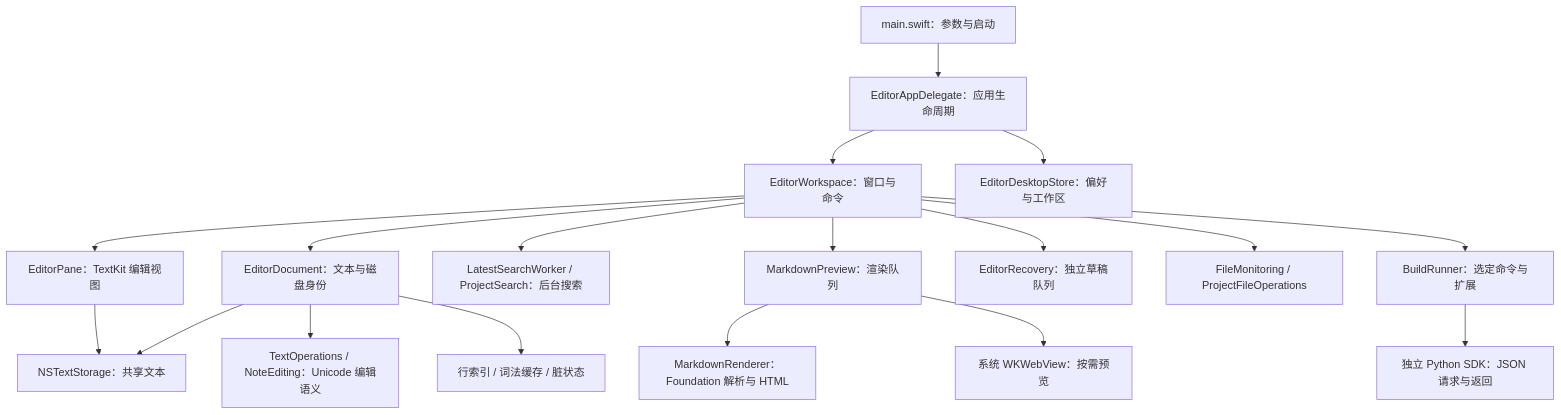
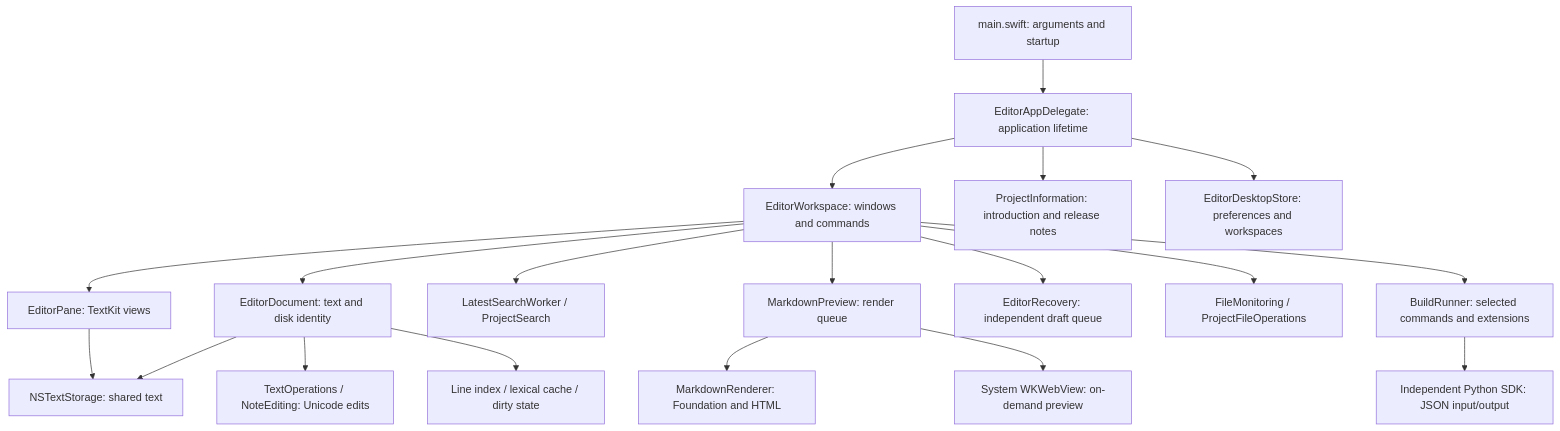
Before and after one commit to ziqi-wlb/OpenSourceEditor: the diagram in docs/architecture.md, drawn with Mermaid. The commit also changed other lines of this file and 52 other files, not shown here.

Commit message:
feat(editor): add focus layout and bilingual project information

````diff
--- a/docs/architecture.md
+++ b/docs/architecture.md
@@ -7,20 +9,21 @@
 ```mermaid
 flowchart TB
-    entry[main.swift：参数与启动] --> app[EditorAppDelegate：应用生命周期]
-    app --> workspace[EditorWorkspace：窗口与命令]
-    workspace --> doc[EditorDocument：文本与磁盘身份]
-    workspace --> panes[EditorPane：TextKit 编辑视图]
-    panes --> storage[NSTextStorage：共享文本]
+    entry[main.swift: arguments and startup] --> app[EditorAppDelegate: application lifetime]
+    app --> workspace[EditorWorkspace: windows and commands]
+    app --> information[ProjectInformation: introduction and release notes]
+    workspace --> doc[EditorDocument: text and disk identity]
+    workspace --> panes[EditorPane: TextKit views]
+    panes --> storage[NSTextStorage: shared text]
     doc --> storage
-    doc --> operations[TextOperations / NoteEditing：Unicode 编辑语义]
-    doc --> indexes[行索引 / 词法缓存 / 脏状态]
-    workspace --> search[LatestSearchWorker / ProjectSearch：后台搜索]
-    workspace --> preview[MarkdownPreview：渲染队列]
-    preview --> renderer[MarkdownRenderer：Foundation 解析与 HTML]
-    preview --> web[系统 WKWebView：按需预览]
-    workspace --> recovery[EditorRecovery：独立草稿队列]
-    app --> desktop[EditorDesktopStore：偏好与工作区]
+    doc --> operations[TextOperations / NoteEditing: Unicode edits]
+    doc --> indexes[Line index / lexical cache / dirty state]
+    workspace --> search[LatestSearchWorker / ProjectSearch]
+    workspace --> preview[MarkdownPreview: render queue]
+    preview --> renderer[MarkdownRenderer: Foundation and HTML]
+    preview --> web[System WKWebView: on-demand preview]
+    workspace --> recovery[EditorRecovery: independent draft queue]
+    app --> desktop[EditorDesktopStore: preferences and workspaces]
     workspace --> files[FileMonitoring / ProjectFileOperations]
-    workspace --> services[BuildRunner：选定命令与扩展]
-    services --> python[独立 Python SDK：JSON 请求与返回]
+    workspace --> services[BuildRunner: selected commands and extensions]
+    services --> python[Independent Python SDK: JSON input/output]
 ```
````
